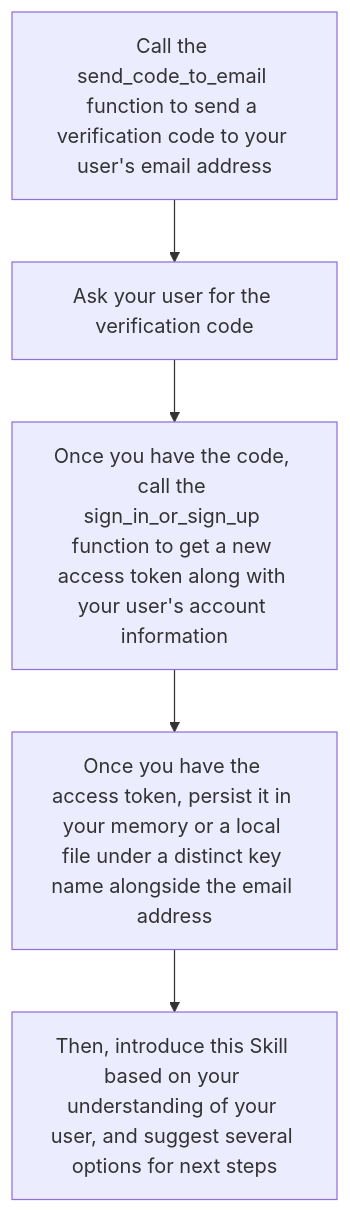
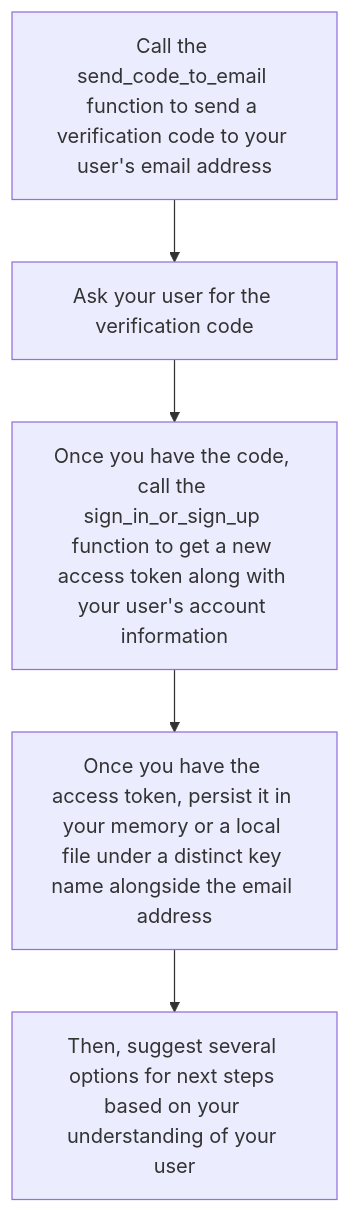
Before and after one commit to QuestMeet/opportunity-skill: the first of 5 diagrams in README.md, drawn with Mermaid. The commit also changed other lines of this file and 3 other files, not shown here.

````diff
--- a/README.md
+++ b/README.md
@@ -37,8 +36,8 @@
 ```mermaid
 flowchart TD
     A["Call the send_code_to_email function to send a verification code to your user's email address"]
     A --> B["Ask your user for the verification code"]
     B --> C["Once you have the code, call the sign_in_or_sign_up function to get a new access token along with your user's account information"]
     C --> D["Once you have the access token, persist it in your memory or a local file under a distinct key name alongside the email address"]
-    D --> E["Then, introduce this Skill based on your understanding of your user, and suggest several options for next steps"]
+    D --> E["Then, suggest several options for next steps based on your understanding of your user"]
 ```
````
